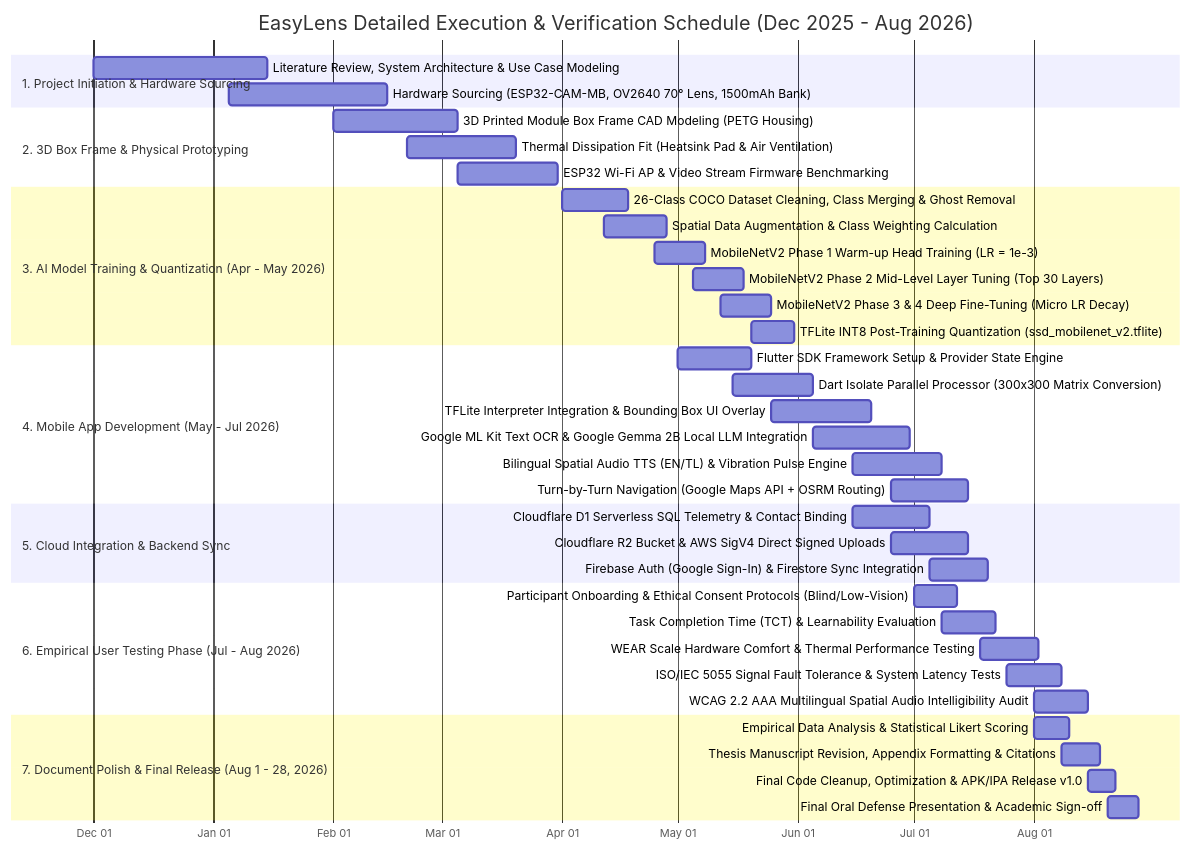
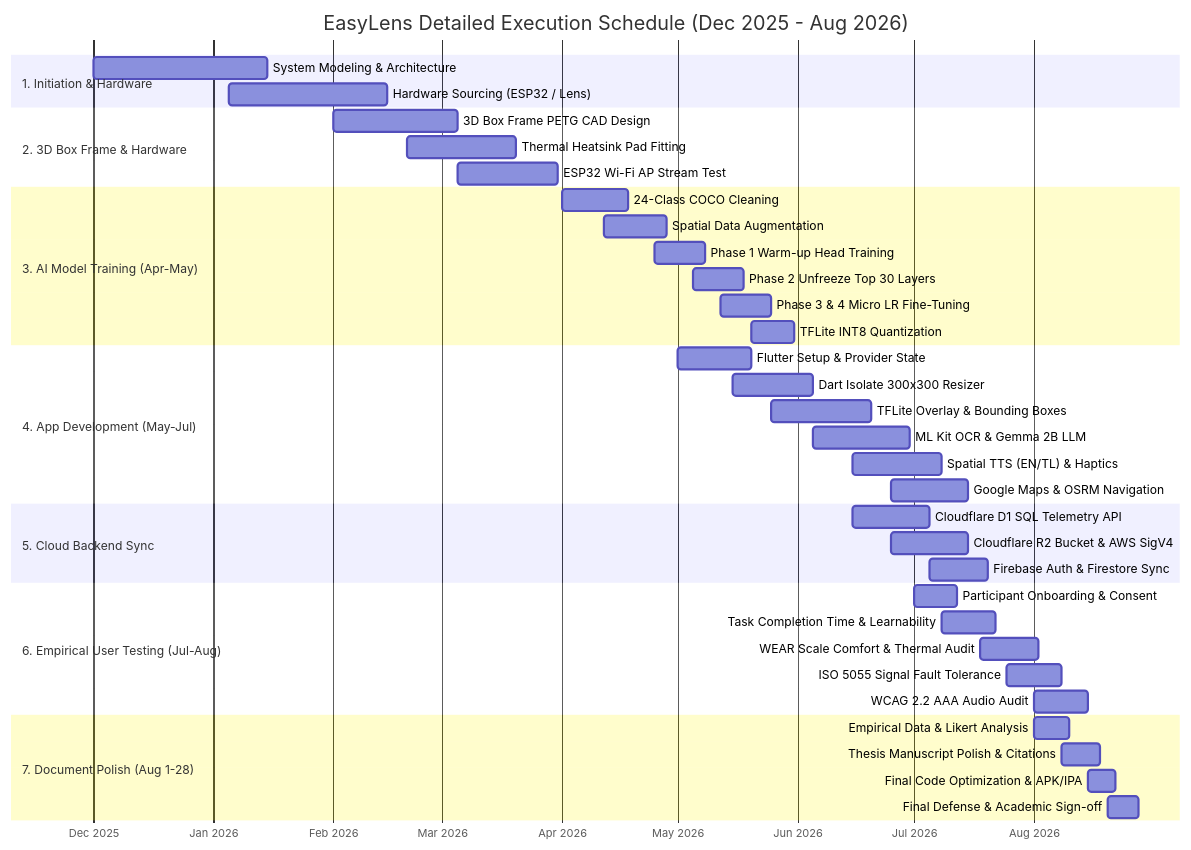
Before and after one commit to Thes-IS-IT/Easylens: the second of 2 diagrams in docs/dfd/GANTT_CHART.md, drawn with Mermaid. The commit also changed other lines of this file, not shown here.

Commit message:
docs: fix overlapping text in Gantt charts by concise task labeling and clean axis formatting

````diff
--- a/docs/dfd/GANTT_CHART.md
+++ b/docs/dfd/GANTT_CHART.md
@@ -54,49 +54,49 @@
 ```mermaid
 gantt
-    title EasyLens Detailed Execution & Verification Schedule (Dec 2025 - Aug 2026)
+    title EasyLens Detailed Execution Schedule (Dec 2025 - Aug 2026)
     dateFormat  YYYY-MM-DD
-    axisFormat  %b %d
+    axisFormat  %b %Y
 
-    section 1. Project Initiation & Hardware Sourcing
-    Literature Review, System Architecture & Use Case Modeling :a1, 2025-12-01, 2026-01-15
-    Hardware Sourcing (ESP32-CAM-MB, OV2640 70° Lens, 1500mAh Bank):a2, 2026-01-05, 2026-02-15
+    section 1. Initiation & Hardware
+    System Modeling & Architecture     :a1, 2025-12-01, 2026-01-15
+    Hardware Sourcing (ESP32 / Lens)   :a2, 2026-01-05, 2026-02-15
 
-    section 2. 3D Box Frame & Physical Prototyping
-    3D Printed Module Box Frame CAD Modeling (PETG Housing)    :b1, 2026-02-01, 2026-03-05
-    Thermal Dissipation Fit (Heatsink Pad & Air Ventilation)   :b2, 2026-02-20, 2026-03-20
-    ESP32 Wi-Fi AP & Video Stream Firmware Benchmarking        :b3, 2026-03-05, 2026-03-31
+    section 2. 3D Box Frame & Hardware
+    3D Box Frame PETG CAD Design       :b1, 2026-02-01, 2026-03-05
+    Thermal Heatsink Pad Fitting       :b2, 2026-02-20, 2026-03-20
+    ESP32 Wi-Fi AP Stream Test         :b3, 2026-03-05, 2026-03-31
 
-    section 3. AI Model Training & Quantization (Apr - May 2026)
-    26-Class COCO Dataset Cleaning, Class Merging & Ghost Removal:c1, 2026-04-01, 2026-04-18
-    Spatial Data Augmentation & Class Weighting Calculation      :c2, 2026-04-12, 2026-04-28
-    MobileNetV2 Phase 1 Warm-up Head Training (LR = 1e-3)        :c3, 2026-04-25, 2026-05-08
-    MobileNetV2 Phase 2 Mid-Level Layer Tuning (Top 30 Layers)  :c4, 2026-05-05, 2026-05-18
-    MobileNetV2 Phase 3 & 4 Deep Fine-Tuning (Micro LR Decay)    :c5, 2026-05-12, 2026-05-25
-    TFLite INT8 Post-Training Quantization (ssd_mobilenet_v2.tflite):c6, 2026-05-20, 2026-05-31
+    section 3. AI Model Training (Apr-May)
+    24-Class COCO Cleaning             :c1, 2026-04-01, 2026-04-18
+    Spatial Data Augmentation          :c2, 2026-04-12, 2026-04-28
+    Phase 1 Warm-up Head Training      :c3, 2026-04-25, 2026-05-08
+    Phase 2 Unfreeze Top 30 Layers     :c4, 2026-05-05, 2026-05-18
+    Phase 3 & 4 Micro LR Fine-Tuning   :c5, 2026-05-12, 2026-05-25
+    TFLite INT8 Quantization           :c6, 2026-05-20, 2026-05-31
 
-    section 4. Mobile App Development (May - Jul 2026)
-    Flutter SDK Framework Setup & Provider State Engine         :d1, 2026-05-01, 2026-05-20
-    Dart Isolate Parallel Processor (300x300 Matrix Conversion) :d2, 2026-05-15, 2026-06-05
-    TFLite Interpreter Integration & Bounding Box UI Overlay    :d3, 2026-05-25, 2026-06-20
-    Google ML Kit Text OCR & Google Gemma 2B Local LLM Integration:d4, 2026-06-05, 2026-06-30
-    Bilingual Spatial Audio TTS (EN/TL) & Vibration Pulse Engine:d5, 2026-06-15, 2026-07-08
-    Turn-by-Turn Navigation (Google Maps API + OSRM Routing)    :d6, 2026-06-25, 2026-07-15
+    section 4. App Development (May-Jul)
+    Flutter Setup & Provider State     :d1, 2026-05-01, 2026-05-20
+    Dart Isolate 300x300 Resizer       :d2, 2026-05-15, 2026-06-05
+    TFLite Overlay & Bounding Boxes    :d3, 2026-05-25, 2026-06-20
+    ML Kit OCR & Gemma 2B LLM          :d4, 2026-06-05, 2026-06-30
+    Spatial TTS (EN/TL) & Haptics      :d5, 2026-06-15, 2026-07-08
+    Google Maps & OSRM Navigation      :d6, 2026-06-25, 2026-07-15
 
-    section 5. Cloud Integration & Backend Sync
-    Cloudflare D1 Serverless SQL Telemetry & Contact Binding    :e1, 2026-06-15, 2026-07-05
-    Cloudflare R2 Bucket & AWS SigV4 Direct Signed Uploads      :e2, 2026-06-25, 2026-07-15
-    Firebase Auth (Google Sign-In) & Firestore Sync Integration  :e3, 2026-07-05, 2026-07-20
+    section 5. Cloud Backend Sync
+    Cloudflare D1 SQL Telemetry API    :e1, 2026-06-15, 2026-07-05
+    Cloudflare R2 Bucket & AWS SigV4   :e2, 2026-06-25, 2026-07-15
+    Firebase Auth & Firestore Sync     :e3, 2026-07-05, 2026-07-20
 
-    section 6. Empirical User Testing Phase (Jul - Aug 2026)
-    Participant Onboarding & Ethical Consent Protocols (Blind/Low-Vision):f1, 2026-07-01, 2026-07-12
-    Task Completion Time (TCT) & Learnability Evaluation       :f2, 2026-07-08, 2026-07-22
-    WEAR Scale Hardware Comfort & Thermal Performance Testing   :f3, 2026-07-18, 2026-08-02
-    ISO/IEC 5055 Signal Fault Tolerance & System Latency Tests  :f4, 2026-07-25, 2026-08-08
-    WCAG 2.2 AAA Multilingual Spatial Audio Intelligibility Audit:f5, 2026-08-01, 2026-08-15
+    section 6. Empirical User Testing (Jul-Aug)
+    Participant Onboarding & Consent   :f1, 2026-07-01, 2026-07-12
+    Task Completion Time & Learnability:f2, 2026-07-08, 2026-07-22
+    WEAR Scale Comfort & Thermal Audit :f3, 2026-07-18, 2026-08-02
+    ISO 5055 Signal Fault Tolerance    :f4, 2026-07-25, 2026-08-08
+    WCAG 2.2 AAA Audio Audit           :f5, 2026-08-01, 2026-08-15
 
-    section 7. Document Polish & Final Release (Aug 1 - 28, 2026)
-    Empirical Data Analysis & Statistical Likert Scoring        :g1, 2026-08-01, 2026-08-10
-    Thesis Manuscript Revision, Appendix Formatting & Citations :g2, 2026-08-08, 2026-08-18
-    Final Code Cleanup, Optimization & APK/IPA Release v1.0     :g3, 2026-08-15, 2026-08-22
-    Final Oral Defense Presentation & Academic Sign-off          :g4, 2026-08-20, 2026-08-28
+    section 7. Document Polish (Aug 1-28)
+    Empirical Data & Likert Analysis   :g1, 2026-08-01, 2026-08-10
+    Thesis Manuscript Polish & Citations:g2, 2026-08-08, 2026-08-18
+    Final Code Optimization & APK/IPA  :g3, 2026-08-15, 2026-08-22
+    Final Defense & Academic Sign-off   :g4, 2026-08-20, 2026-08-28
 ```
````
